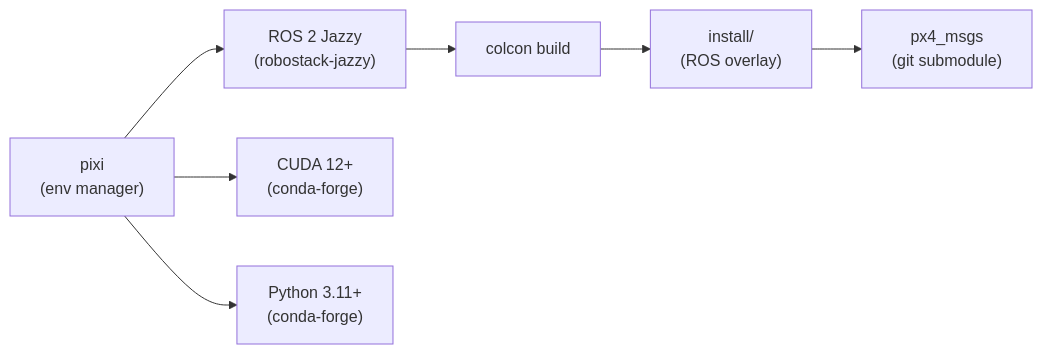
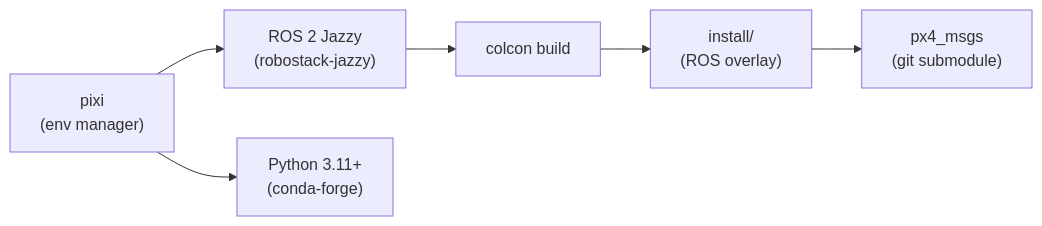
One commit to riccardo-enr/ros2-px4-docs changed the diagram in index.qmd. Above: the diagram before and after it, drawn with Mermaid. The commit also changed other lines of this file and 3 other files, not shown here.

````diff
--- a/index.qmd
+++ b/index.qmd
@@ -18,9 +19,8 @@
 ```{mermaid}
 graph LR
     pixi["pixi\n(env manager)"] --> ros["ROS 2 Jazzy\n(robostack-jazzy)"]
-    pixi --> cuda["CUDA 12+\n(conda-forge)"]
     pixi --> python["Python 3.11+\n(conda-forge)"]
     ros --> colcon["colcon build"]
     colcon --> ws["install/\n(ROS overlay)"]
     ws --> px4["px4_msgs\n(git submodule)"]
 ```
````
